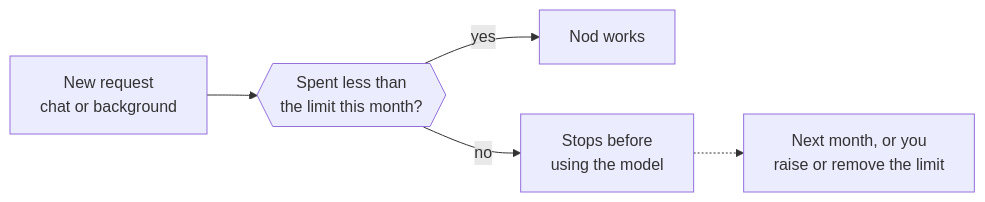
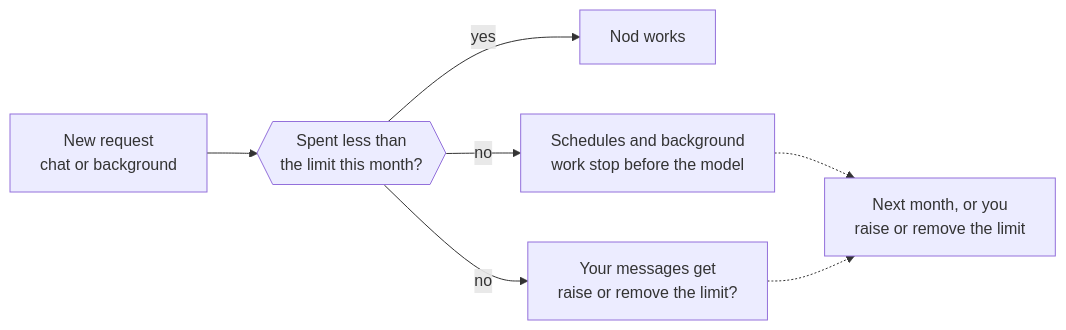
Before and after one commit to n8n-io/nod: the diagram in docs/src/content/docs/use/spending.md, drawn with Mermaid. The commit also changed other lines of this file and 18 other files, not shown here.

````diff
--- a/docs/src/content/docs/use/spending.md
+++ b/docs/src/content/docs/use/spending.md
@@ -57,7 +57,9 @@
 ```mermaid
 flowchart LR
   req[New request<br/>chat or background]:::accent --> check{{Spent less than<br/>the limit this month?}}
   check -- yes --> run[Nod works]:::go
-  check -- no --> stop[Stops before<br/>using the model]:::stop
+  check -- no --> stop[Schedules and background<br/>work stop before the model]:::stop
+  check -- no --> ask[Your messages get<br/>raise or remove the limit?]:::muted
   stop -.-> lift[Next month, or you<br/>raise or remove the limit]:::muted
+  ask -.-> lift
 ```
````
